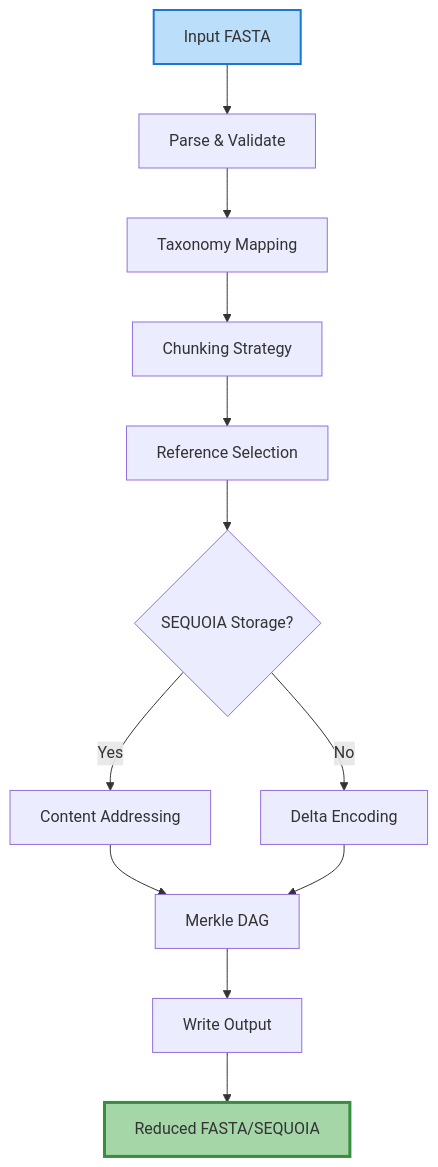
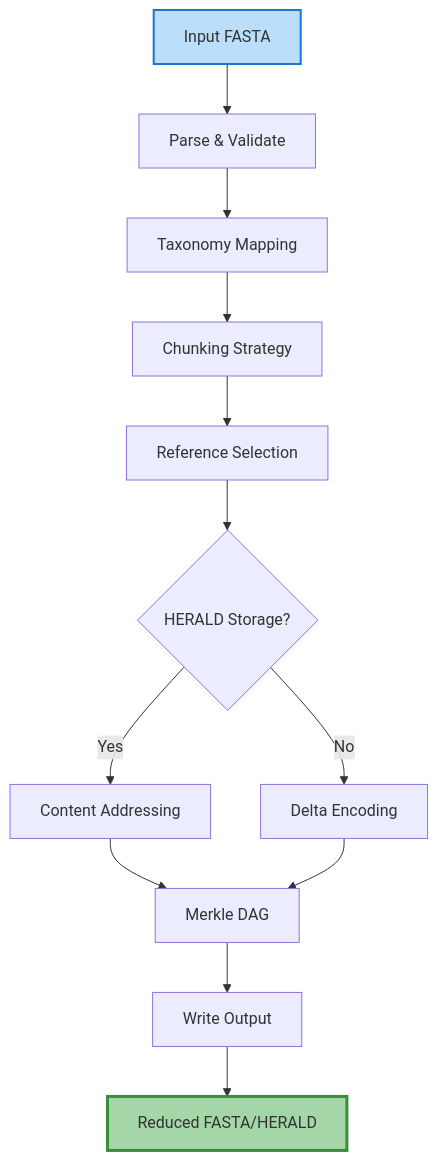
Before and after one commit to bfowle/talaria: the third of 3 diagrams in docs/src/development/architecture.md, drawn with Mermaid. The commit also changed other lines of this file and 405 other files, not shown here.

First line of the commit message:
refactor!: rename SEQUOIA architecture to HERALD

````diff
--- a/docs/src/development/architecture.md
+++ b/docs/src/development/architecture.md
@@ -296,17 +296,17 @@
 ```mermaid
 flowchart TD
     A[Input FASTA] --> B[Parse & Validate]
     B --> C[Taxonomy Mapping]
     C --> D[Chunking Strategy]
     D --> E[Reference Selection]
-    E --> F{SEQUOIA Storage?}
+    E --> F{HERALD Storage?}
     F -->|Yes| G[Content Addressing]
     F -->|No| H[Delta Encoding]
     G --> I[Merkle DAG]
     H --> I
     I --> J[Write Output]
-    J --> K[Reduced FASTA/SEQUOIA]
+    J --> K[Reduced FASTA/HERALD]
 
     style A stroke:#1976d2,stroke-width:2px,fill:#bbdefb
     style K stroke:#388e3c,stroke-width:3px,fill:#a5d6a7
 ```
````
